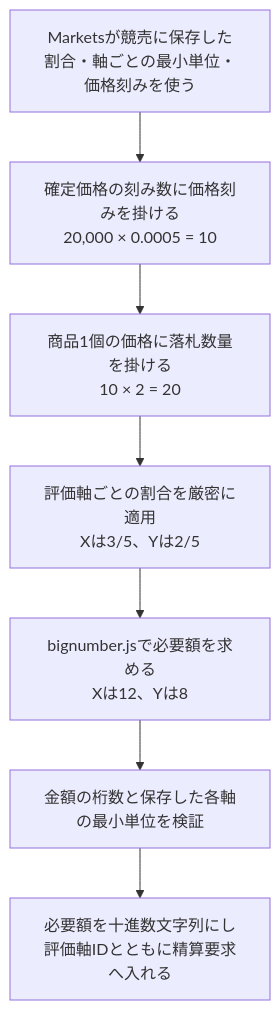
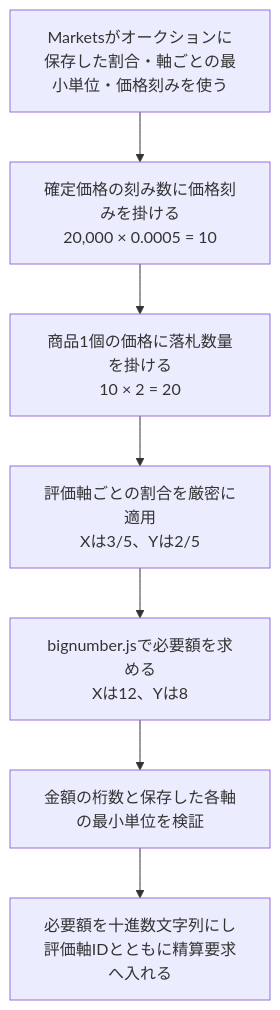
The fourth of 5 diagrams in projects/markets-web-app/docs/specification/v0.2.1/details/all.ja.md (yuichisugio/freeism), drawn with Mermaid before and after one commit. The commit also changed other lines of this file, not shown here.

````diff
--- a/projects/markets-web-app/docs/specification/v0.2.1/details/all.ja.md
+++ b/projects/markets-web-app/docs/specification/v0.2.1/details/all.ja.md
@@ -1788,9 +1651,9 @@
 ```mermaid
 flowchart TD
-    A["Marketsが競売に保存した割合・軸ごとの最小単位・価格刻みを使う"] --> B["確定価格の刻み数に価格刻みを掛ける<br/>20,000 × 0.0005 = 10"]
+    A["Marketsがオークションに保存した割合・軸ごとの最小単位・価格刻みを使う"] --> B["確定価格の刻み数に価格刻みを掛ける<br/>20,000 × 0.0005 = 10"]
     B --> C["商品1個の価格に落札数量を掛ける<br/>10 × 2 = 20"]
     C --> D["評価軸ごとの割合を厳密に適用<br/>Xは3/5、Yは2/5"]
     D --> E["bignumber.jsで必要額を求める<br/>Xは12、Yは8"]
     E --> F["金額の桁数と保存した各軸の最小単位を検証"]
     F --> G["必要額を十進数文字列にし<br/>評価軸IDとともに精算要求へ入れる"]
 ```
````
